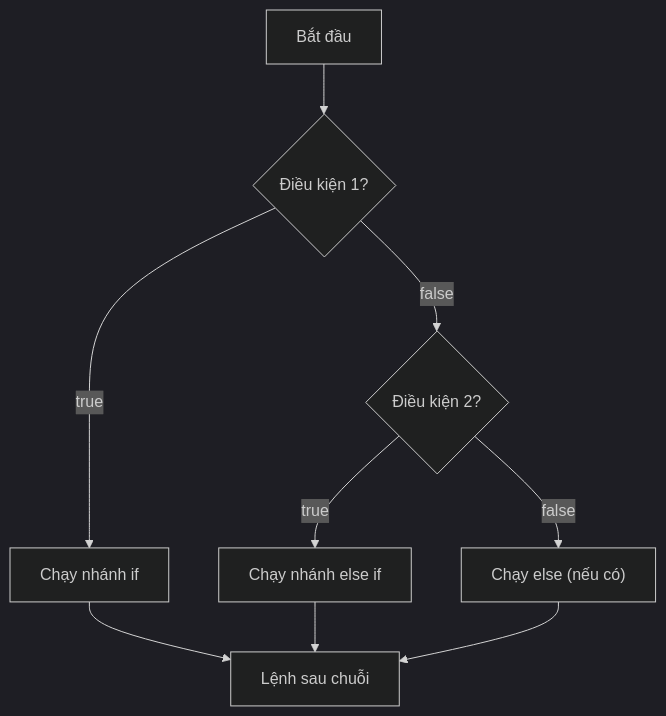
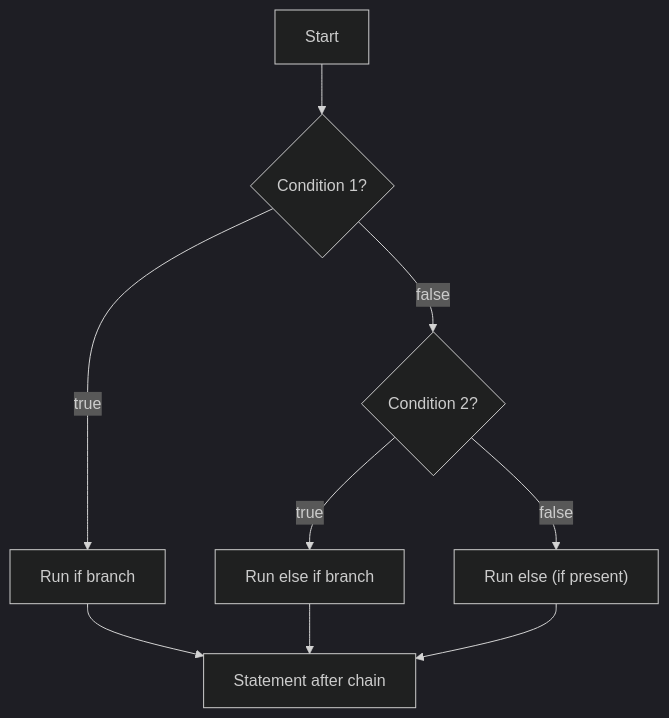
Before and after one commit to phuongnguyenit93/learning-platform-data: the diagram in module/platform/development/programming/language/java/core/language-basics/content/knowledge/en/19.if-statements/if-statements-001.md, drawn with Mermaid (dark theme). The commit also changed other lines of this file and 2307 other files, not shown here.

```diff
--- a/module/platform/development/programming/language/java/core/language-basics/content/knowledge/en/19.if-statements/if-statements-001.md
+++ b/module/platform/development/programming/language/java/core/language-basics/content/knowledge/en/19.if-statements/if-statements-001.md
@@ -67,11 +67,11 @@
 ~~~mermaid
 flowchart TD
-    Start["Bắt đầu"] --> C1{"Điều kiện 1?"}
-    C1 -- true --> B1["Chạy nhánh if"]
-    C1 -- false --> C2{"Điều kiện 2?"}
-    C2 -- true --> B2["Chạy nhánh else if"]
-    C2 -- false --> B3["Chạy else (nếu có)"]
-    B1 --> End["Lệnh sau chuỗi"]
+    Start["Start"] --> C1{"Condition 1?"}
+    C1 -- true --> B1["Run if branch"]
+    C1 -- false --> C2{"Condition 2?"}
+    C2 -- true --> B2["Run else if branch"]
+    C2 -- false --> B3["Run else (if present)"]
+    B1 --> End["Statement after chain"]
     B2 --> End
     B3 --> End
 ~~~
```
